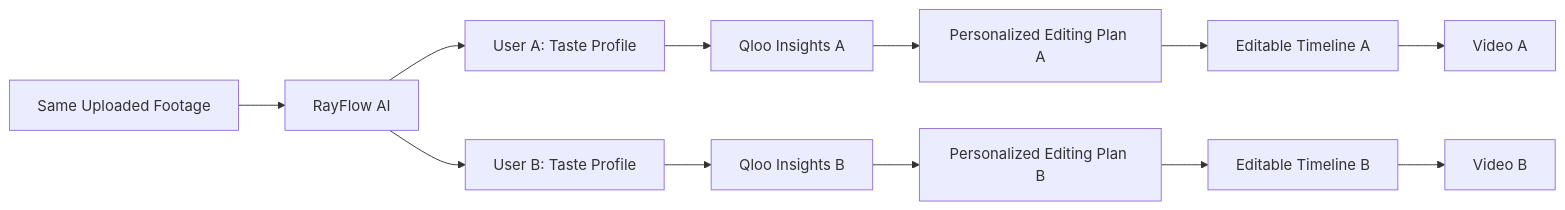
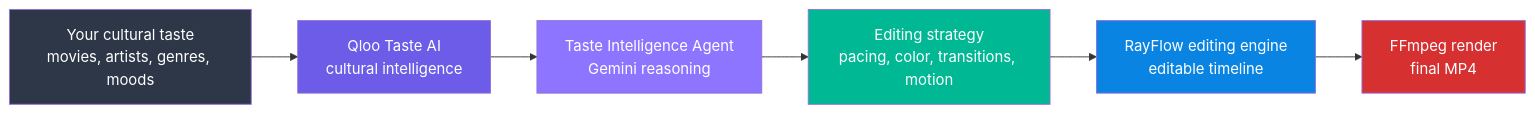
The first of 8 diagrams in README.md (wildstar1965/Rayflowai), drawn with Mermaid before and after one commit. The commit also changed other lines of this file, not shown here.

Commit message:
Rewrite README: evaluation-ready with architecture overview and 8 Mermaid diagrams (agentic taste loop, Cloud Run architecture, render job, data model)

````diff
--- a/README.md
+++ b/README.md
@@ -119,19 +66,15 @@
 ```mermaid
 flowchart LR
-    A["Same Uploaded Footage"] --> B["RayFlow AI"]
+    A["Your cultural taste<br/>movies, artists, genres, moods"] --> B["Qloo Taste AI<br/>cultural intelligence"]
+    B --> C["Taste Intelligence Agent<br/>Gemini reasoning"]
+    C --> D["Editing strategy<br/>pacing, color, transitions, motion"]
+    D --> E["RayFlow editing engine<br/>editable timeline"]
+    E --> F["FFmpeg render<br/>final MP4"]
 
-    B --> C["User A: Taste Profile"]
-    B --> D["User B: Taste Profile"]
-
-    C --> E["Qloo Insights A"]
-    D --> F["Qloo Insights B"]
-
-    E --> G["Personalized Editing Plan A"]
-    F --> H["Personalized Editing Plan B"]
-
-    G --> I["Editable Timeline A"]
-    H --> J["Editable Timeline B"]
-
-    I --> K["Video A"]
-    J --> L["Video B"]
+    style A fill:#2d3748,color:#fff
+    style B fill:#6C5CE7,color:#fff
+    style C fill:#8E75FF,color:#fff
+    style D fill:#00b894,color:#fff
+    style E fill:#0984e3,color:#fff
+    style F fill:#d63031,color:#fff
 ```
````
